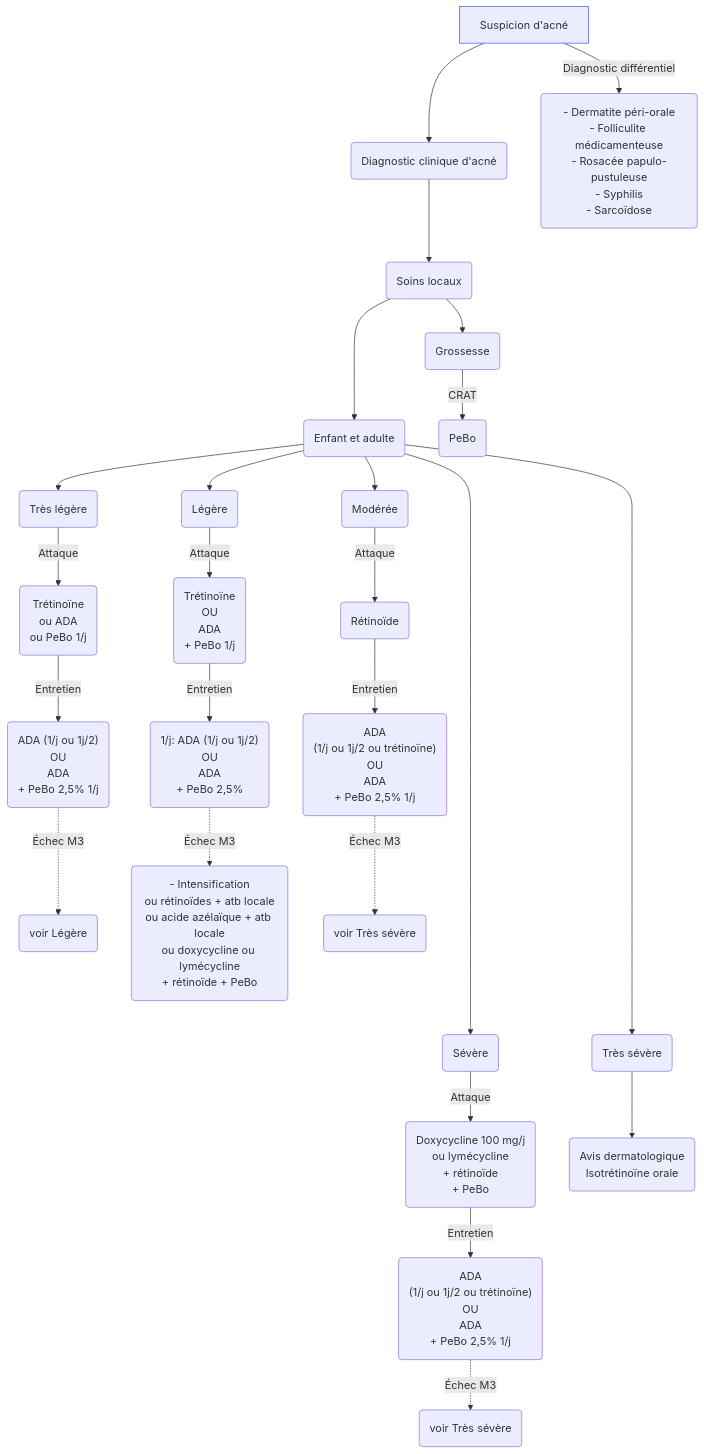
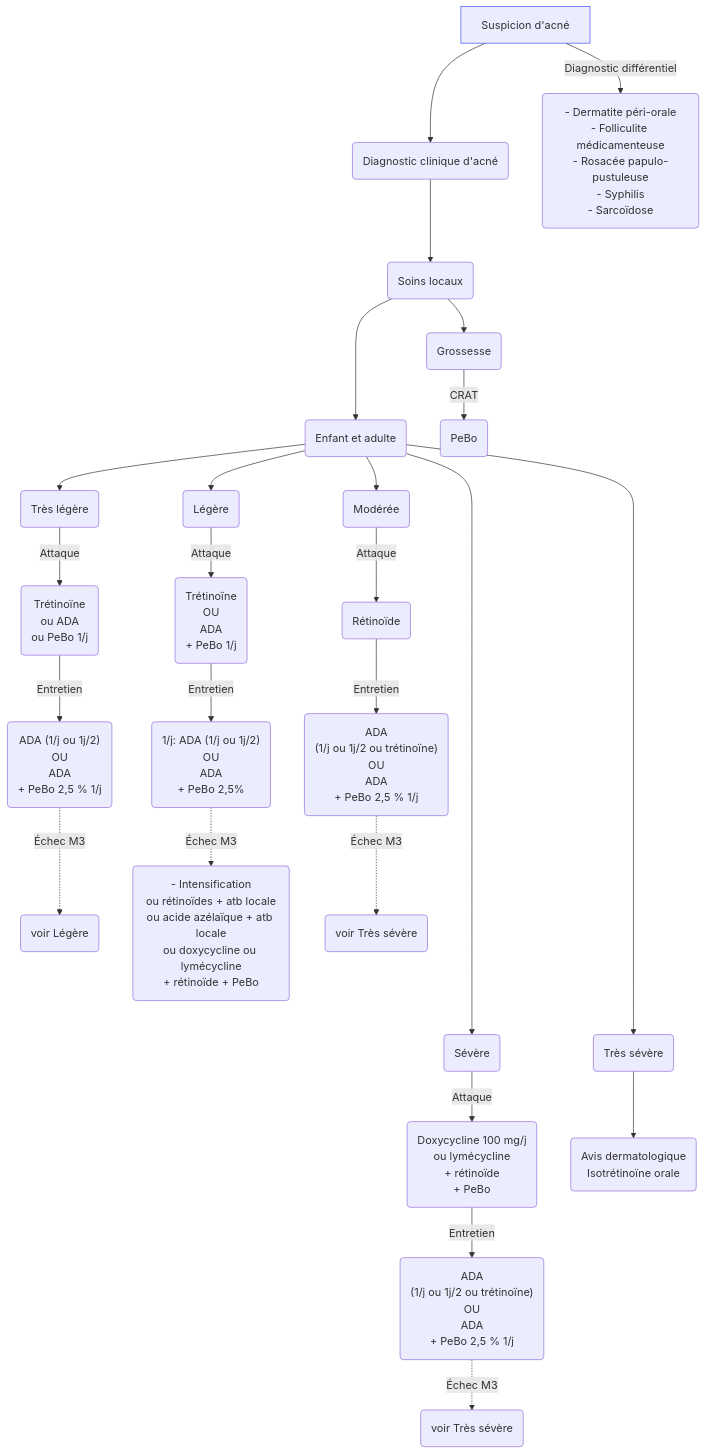
Before and after one commit to djibe/recommandations-medicales: the diagram in content/recommandations/acne.md, drawn with Mermaid. The commit also changed other lines of this file and 163 other files, not shown here.

```diff
--- a/content/recommandations/acne.md
+++ b/content/recommandations/acne.md
@@ -303,13 +303,13 @@
 {{< mermaid title="Prise en charge de l'acné selon la forme clinique. Dr JB Fron d'après SFD 2015">}}
 graph TB
   suspicion[Suspicion d'acné] --> diagnostic(Diagnostic clinique d'acné)
   style suspicion stroke:#4150f5, stroke-width:1px
   suspicion -- Diagnostic différentiel --> differentiel("- Dermatite péri-orale<br>- Folliculite médicamenteuse<br>- Rosacée papulo-pustuleuse<br>- Syphilis<br>- Sarcoïdose")
     diagnostic --> soins(Soins locaux) ---> personne(Enfant et adulte)
-      personne --> tresLegere(Très légère) -- Attaque --> tl("Trétinoïne<br>ou ADA<br>ou PeBo 1/j") -- Entretien --> tle("ADA (1/j ou 1j/2)<br>OU<br>ADA<br>+ PeBo 2,5% 1/j") -. Échec M3 .-> tlechec(voir Légère)
+      personne --> tresLegere(Très légère) -- Attaque --> tl("Trétinoïne<br>ou ADA<br>ou PeBo 1/j") -- Entretien --> tle("ADA (1/j ou 1j/2)<br>OU<br>ADA<br>+ PeBo 2,5 % 1/j") -. Échec M3 .-> tlechec(voir Légère)
       personne --> legere(Légère) -- Attaque --> l(Trétinoïne<br>OU<br>ADA<br>+ PeBo 1/j) -- Entretien --> le("1/j: ADA (1/j ou 1j/2)<br>OU<br>ADA<br>+ PeBo 2,5%") -. Échec M3 .-> lechec("- Intensification<br>ou rétinoïdes + atb locale<br>ou acide azélaïque + atb locale<br>ou doxycycline ou lymécycline<br>+ rétinoïde + PeBo")
-      personne --> moderee(Modérée) -- Attaque --> m(Rétinoïde) -- Entretien --> me("ADA<br>(1/j ou 1j/2 ou trétinoïne)<br>OU<br>ADA<br>+ PeBo 2,5% 1/j") -. Échec M3 .-> mechec(voir Très sévère)
-      personne ------> severe(Sévère) -- Attaque --> s("Doxycycline 100 mg/j<br>ou lymécycline<br>+ rétinoïde<br>+ PeBo") -- Entretien --> se("ADA<br>(1/j ou 1j/2 ou trétinoïne)<br>OU<br>ADA<br>+ PeBo 2,5% 1/j") -. Échec M3 .-> sechec(voir Très sévère)
+      personne --> moderee(Modérée) -- Attaque --> m(Rétinoïde) -- Entretien --> me("ADA<br>(1/j ou 1j/2 ou trétinoïne)<br>OU<br>ADA<br>+ PeBo 2,5 % 1/j") -. Échec M3 .-> mechec(voir Très sévère)
+      personne ------> severe(Sévère) -- Attaque --> s("Doxycycline 100 mg/j<br>ou lymécycline<br>+ rétinoïde<br>+ PeBo") -- Entretien --> se("ADA<br>(1/j ou 1j/2 ou trétinoïne)<br>OU<br>ADA<br>+ PeBo 2,5 % 1/j") -. Échec M3 .-> sechec(voir Très sévère)
       personne ------> tsevere(Très sévère) --> dermato("Avis dermatologique<br>Isotrétinoïne orale")
     soins --> grossesse(Grossesse) -- CRAT --> fe("PeBo")
 {{< /mermaid >}}
```
